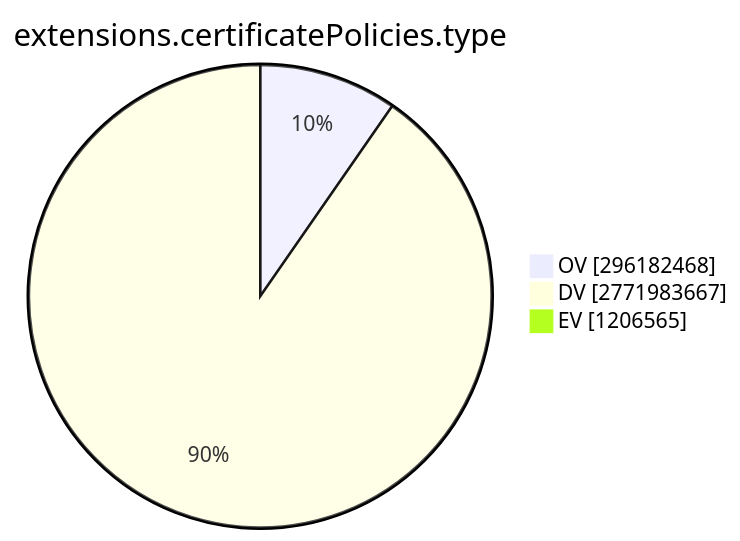
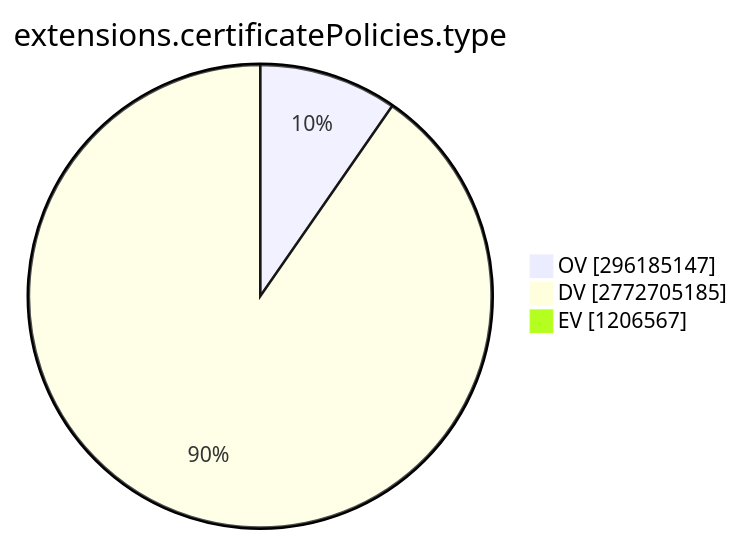
The ninth of 15 diagrams in TOTAL/README.md (christiankrug/ctmonitor_visualization), drawn with Mermaid before and after one commit. The commit also changed other lines of this file, not shown here.

````diff
--- a/TOTAL/README.md
+++ b/TOTAL/README.md
@@ -3099,7 +3099,7 @@
 ```mermaid
 pie showData
 title extensions.certificatePolicies.type
-"OV" :296182468
-"DV" :2771983667
-"EV" :1206565
+"OV" :296185147
+"DV" :2772705185
+"EV" :1206567
 ```
````
